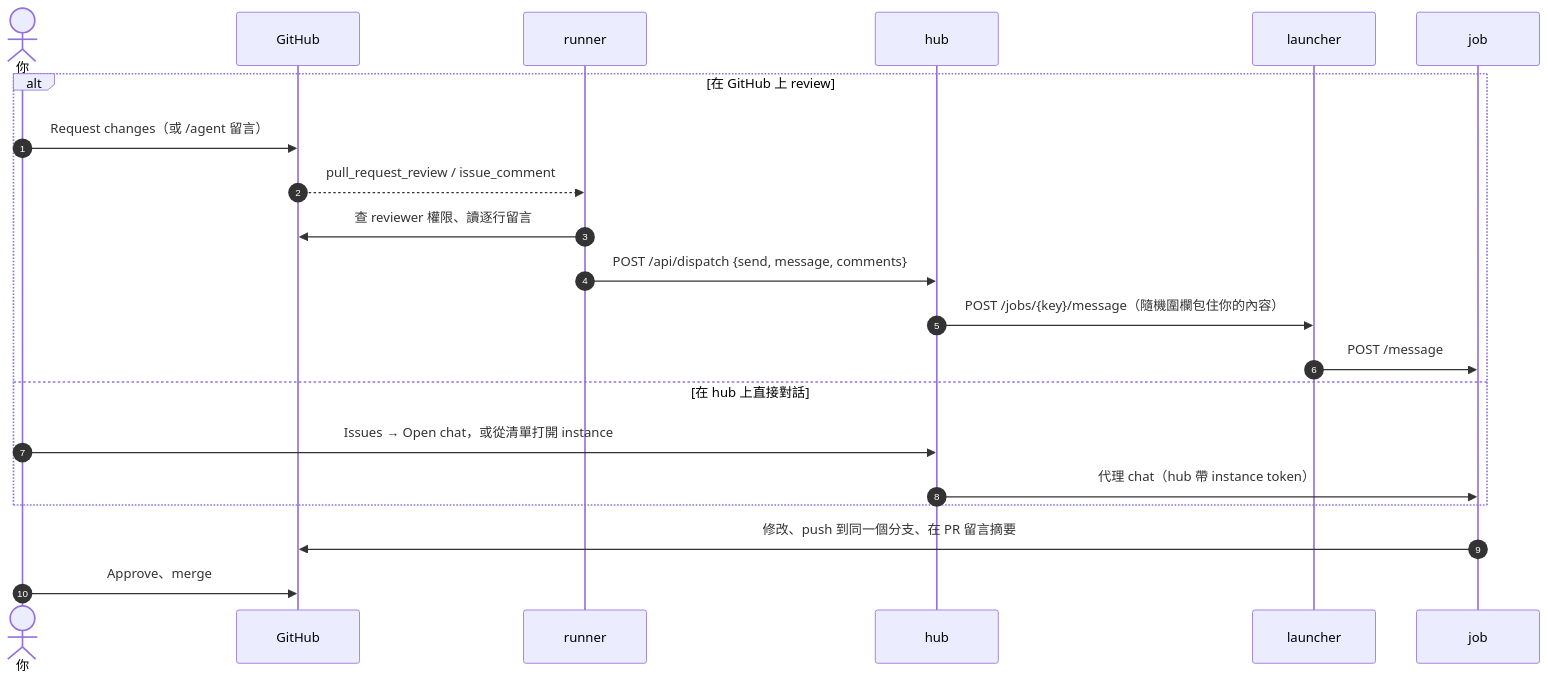
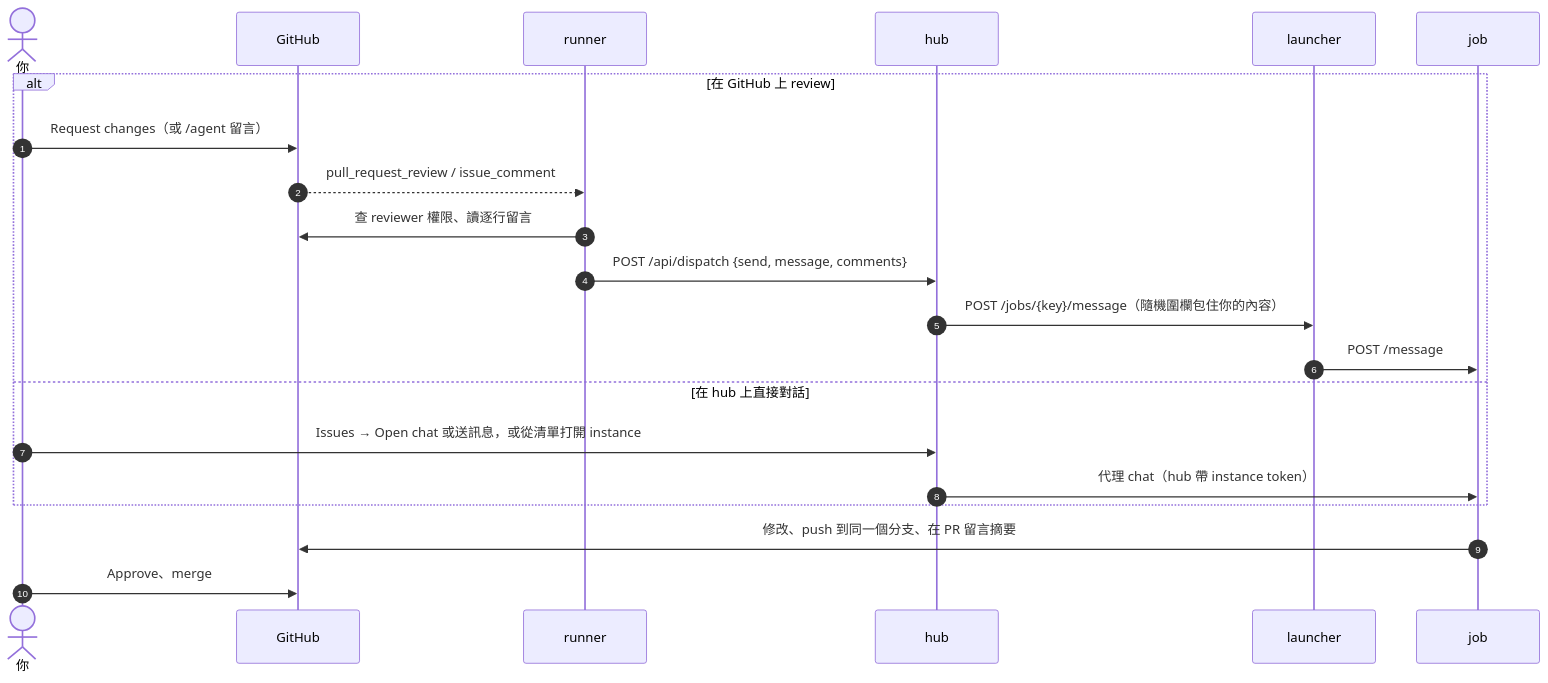
Before and after one commit to k1dav-c/agentapi: the third of 7 diagrams in docs/specs/issue-dispatch-flow.zh-TW.md, drawn with Mermaid. The commit also changed other lines of this file and 22 other files, not shown here.

````diff
--- a/docs/specs/issue-dispatch-flow.zh-TW.md
+++ b/docs/specs/issue-dispatch-flow.zh-TW.md
@@ -98,24 +102,24 @@
 ```mermaid
 sequenceDiagram
   autonumber
   actor U as 你
   participant GH as GitHub
   participant R as runner
   participant H as hub
   participant L as launcher
   participant J as job
 
   alt 在 GitHub 上 review
     U->>GH: Request changes（或 /agent 留言）
     GH-->>R: pull_request_review / issue_comment
     R->>GH: 查 reviewer 權限、讀逐行留言
     R->>H: POST /api/dispatch {send, message, comments}
     H->>L: POST /jobs/{key}/message（隨機圍欄包住你的內容）
     L->>J: POST /message
   else 在 hub 上直接對話
-    U->>H: Issues → Open chat，或從清單打開 instance
+    U->>H: Issues → Open chat 或送訊息，或從清單打開 instance
     H->>J: 代理 chat（hub 帶 instance token）
   end
   J->>GH: 修改、push 到同一個分支、在 PR 留言摘要
   U->>GH: Approve、merge
 ```
````
